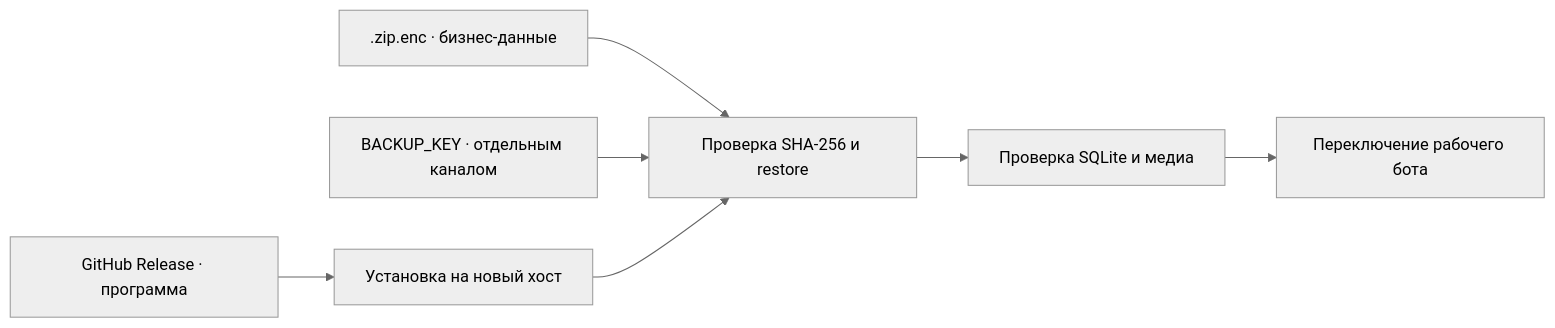
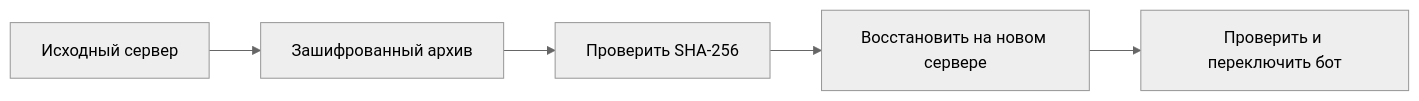
The diagram in README.md (kostia7alania/jardulik-companion), drawn with Mermaid (neutral theme) before and after one commit. The commit also changed other lines of this file and 12 other files, not shown here.

````diff
--- a/README.md
+++ b/README.md
@@ -26,7 +24,7 @@
 ```mermaid
 flowchart LR
-    A["GitHub Release · программа"] --> C["Установка на новый хост"]
-    B[".zip.enc · бизнес-данные"] --> D["Проверка SHA-256 и restore"]
-    K["BACKUP_KEY · отдельным каналом"] --> D
-    C --> D --> E["Проверка SQLite и медиа"] --> F["Переключение рабочего бота"]
+    A["Исходный сервер"] --> B["Зашифрованный архив"]
+    B --> C["Проверить SHA-256"]
+    C --> D["Восстановить на новом сервере"]
+    D --> E["Проверить и переключить бот"]
 ```
````
